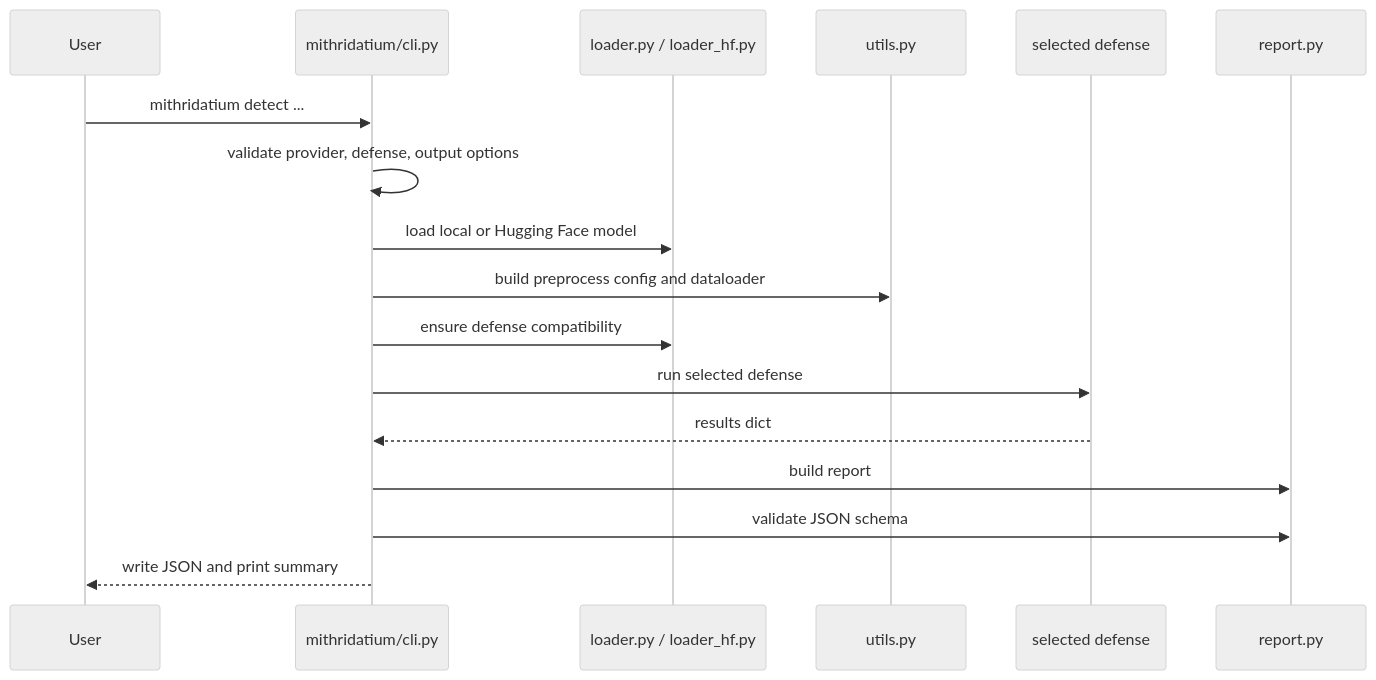
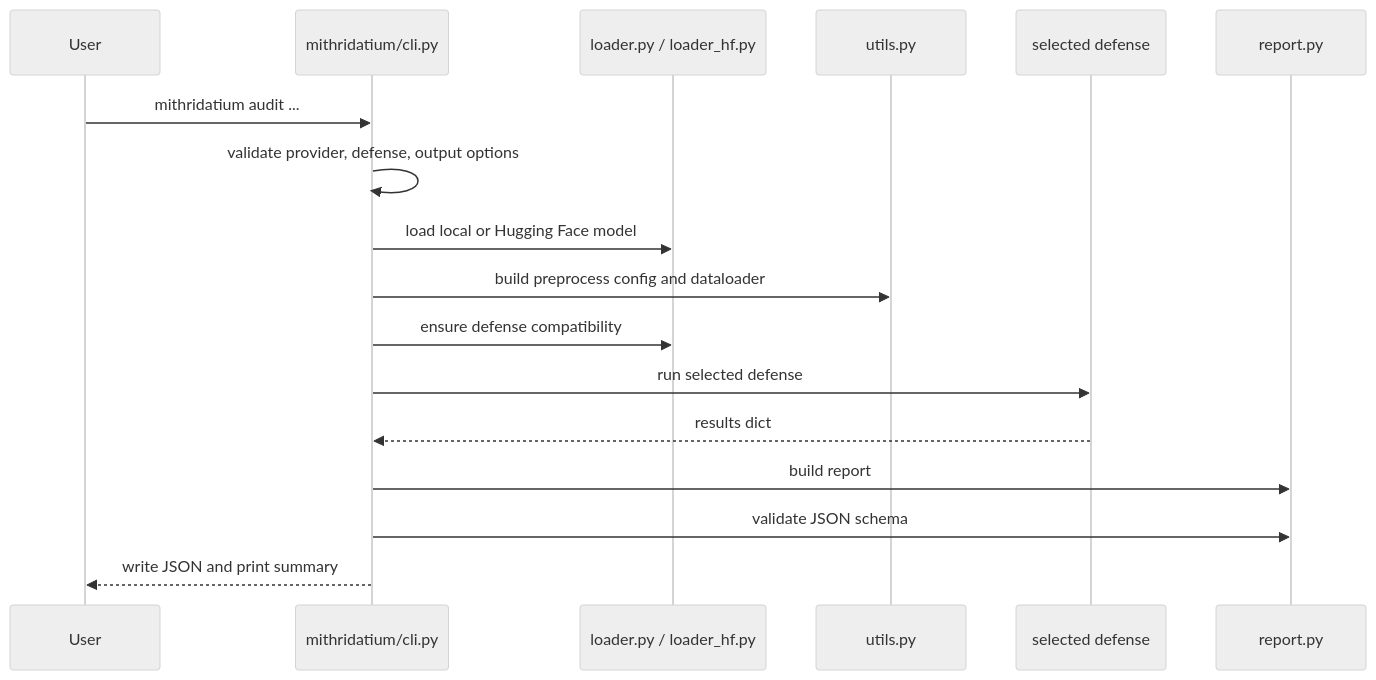
Before and after one commit to oss-slu/mithridatium: the diagram in docs/architecture/cli-flow.md, drawn with Mermaid (neutral theme). The commit also changed other lines of this file and 24 other files, not shown here.

Commit message:
added detect to audit refactor

````diff
--- a/docs/architecture/cli-flow.md
+++ b/docs/architecture/cli-flow.md
@@ -22,20 +22,20 @@
 ```mermaid
 sequenceDiagram
     participant U as User
     participant CLI as mithridatium/cli.py
     participant L as loader.py / loader_hf.py
     participant D as utils.py
     participant F as selected defense
     participant R as report.py
 
-    U->>CLI: mithridatium detect ...
+    U->>CLI: mithridatium audit ...
     CLI->>CLI: validate provider, defense, output options
     CLI->>L: load local or Hugging Face model
     CLI->>D: build preprocess config and dataloader
     CLI->>L: ensure defense compatibility
     CLI->>F: run selected defense
     F-->>CLI: results dict
     CLI->>R: build report
     CLI->>R: validate JSON schema
     CLI-->>U: write JSON and print summary
 ```
````
